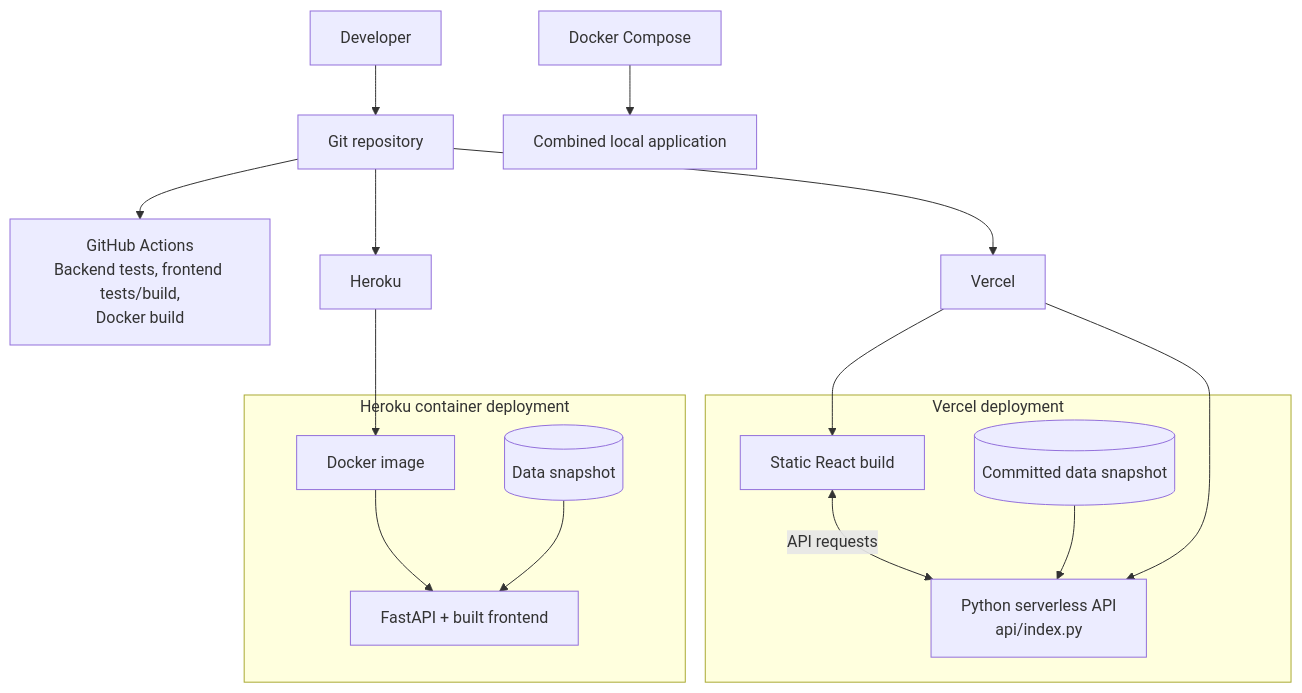
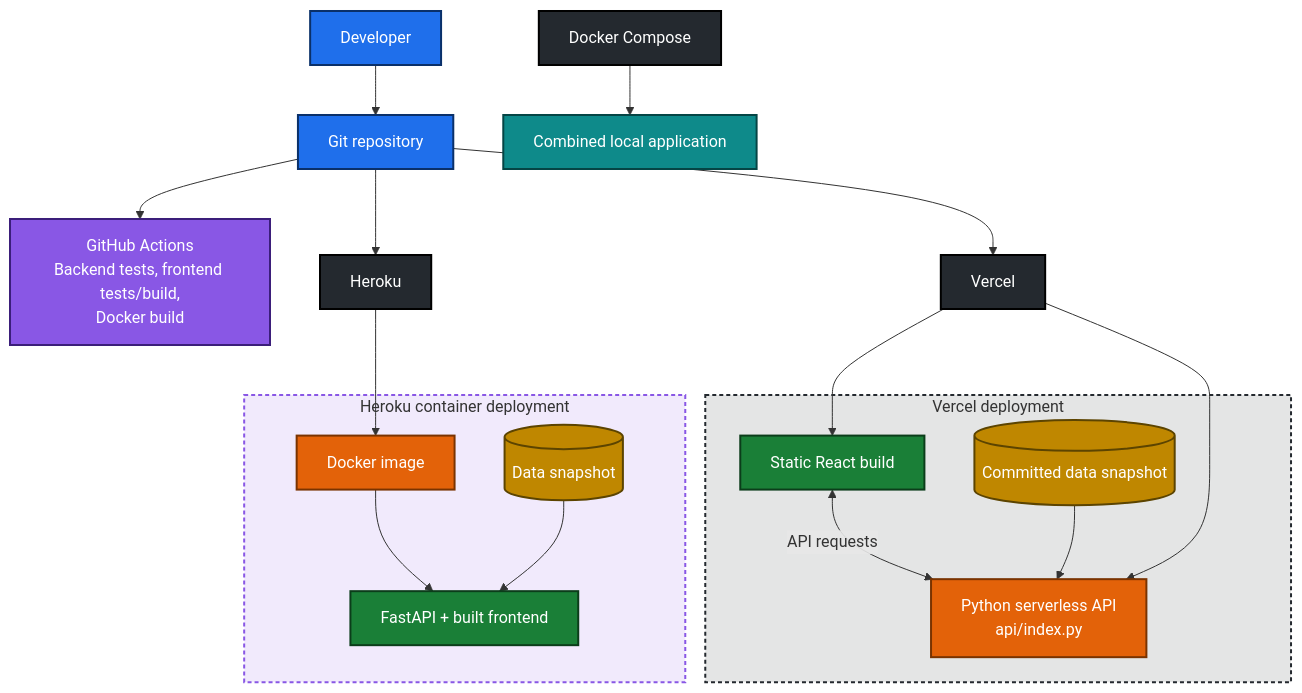
Before and after one commit to sourabhvamdevan/wind-matrix: the seventh of 7 diagrams in README.md, drawn with Mermaid. The commit also changed other lines of this file, not shown here.

First line of the commit message:
Enhance README with detailed workflow and architecture

````diff
--- a/README.md
+++ b/README.md
@@ -245,28 +360,49 @@
 ```mermaid
 flowchart TB
     DEV["Developer"] --> GIT["Git repository"]
     GIT --> CI["GitHub Actions<br/>Backend tests, frontend tests/build,<br/>Docker build"]
 
     GIT --> VERCEL["Vercel"]
     subgraph V["Vercel deployment"]
         STATIC["Static React build"]
         FUNCTION["Python serverless API<br/>api/index.py"]
         DATA1[("Committed data snapshot")]
         STATIC <-->|"API requests"| FUNCTION
         DATA1 --> FUNCTION
     end
     VERCEL --> STATIC
     VERCEL --> FUNCTION
 
     GIT --> HEROKU["Heroku"]
     subgraph H["Heroku container deployment"]
         IMAGE["Docker image"]
         APP["FastAPI + built frontend"]
         DATA2[("Data snapshot")]
         IMAGE --> APP
         DATA2 --> APP
     end
     HEROKU --> IMAGE
 
     LOCAL["Docker Compose"] --> CONTAINER["Combined local application"]
+
+    classDef ext fill:#1f6feb,stroke:#0a3069,color:#ffffff,stroke-width:2px
+    classDef ingest fill:#8957e5,stroke:#3b1e7a,color:#ffffff,stroke-width:2px
+    classDef store fill:#bf8700,stroke:#5c4400,color:#ffffff,stroke-width:2px
+    classDef engine fill:#d1242f,stroke:#6e1018,color:#ffffff,stroke-width:2px
+    classDef api fill:#e36209,stroke:#7a3300,color:#ffffff,stroke-width:2px
+    classDef front fill:#1a7f37,stroke:#0b3d1a,color:#ffffff,stroke-width:2px
+    classDef view fill:#0e8a8a,stroke:#054545,color:#ffffff,stroke-width:2px
+    classDef good fill:#2da44e,stroke:#0b3d1a,color:#ffffff,stroke-width:2px
+    classDef bad fill:#cf222e,stroke:#6e1018,color:#ffffff,stroke-width:2px
+    classDef decide fill:#f5c518,stroke:#7a5c00,color:#1b1f24,stroke-width:2px
+    classDef dark fill:#24292f,stroke:#000000,color:#ffffff,stroke-width:2px
+    class DEV,GIT ext
+    class CI ingest
+    class VERCEL,HEROKU,LOCAL dark
+    class STATIC,APP front
+    class FUNCTION,IMAGE api
+    class DATA1,DATA2 store
+    class CONTAINER view
+    style V fill:#24292f1f,stroke:#24292f,stroke-width:2px,stroke-dasharray:4 3
+    style H fill:#8957e51f,stroke:#8957e5,stroke-width:2px,stroke-dasharray:4 3
 ```
````
